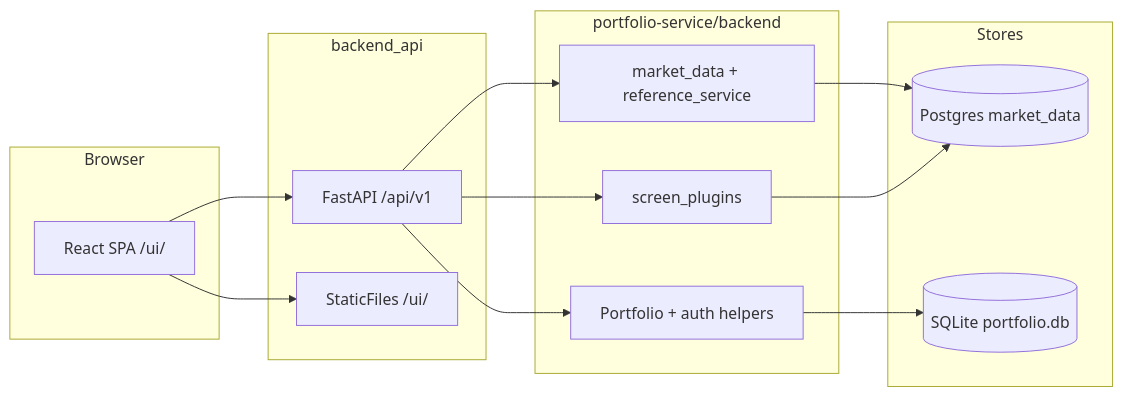
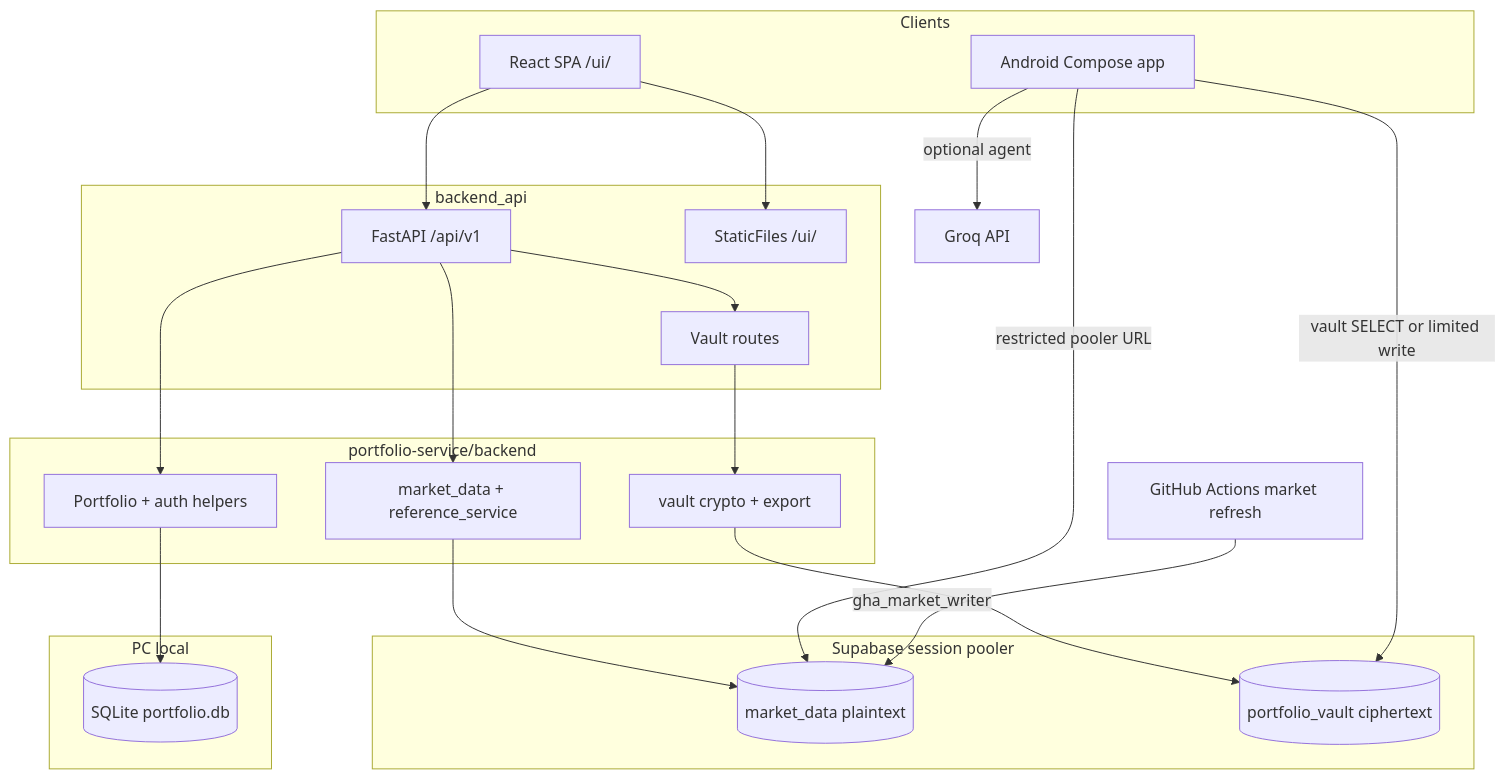
The diagram in docs/architecture.md (prp20/wealth-orbit), drawn with Mermaid before and after one commit. The commit also changed other lines of this file and 3 other files, not shown here.

First line of the commit message:
docs: align handbook with multi-client E2E vault architecture

````diff
--- a/docs/architecture.md
+++ b/docs/architecture.md
@@ -21,27 +21,39 @@
 ```mermaid
-flowchart LR
-  subgraph client [Browser]
+flowchart TB
+  subgraph clients [Clients]
     React["React SPA /ui/"]
+    And["Android Compose app"]
   end
   subgraph api [backend_api]
     FastAPI["FastAPI /api/v1"]
     Static["StaticFiles /ui/"]
+    VaultAPI["Vault routes"]
   end
   subgraph domain [portfolio-service/backend]
     Port["Portfolio + auth helpers"]
     Mkt["market_data + reference_service"]
-    Scr["screen_plugins"]
+    VaultLib["vault crypto + export"]
   end
-  subgraph stores [Stores]
-    PG[("Postgres market_data")]
+  subgraph cloud [Supabase session pooler]
+    PG[("market_data plaintext")]
+    Vault[("portfolio_vault ciphertext")]
+  end
+  subgraph local [PC local]
     SQL[("SQLite portfolio.db")]
   end
+  GHA["GitHub Actions market refresh"]
+  Groq["Groq API"]
   React --> FastAPI
   React --> Static
   FastAPI --> Port
   FastAPI --> Mkt
-  FastAPI --> Scr
+  FastAPI --> VaultAPI
+  VaultAPI --> VaultLib
   Port --> SQL
   Mkt --> PG
-  Scr --> PG
+  VaultLib --> Vault
+  And -->|"restricted pooler URL"| PG
+  And -->|"vault SELECT or limited write"| Vault
+  And -->|"optional agent"| Groq
+  GHA -->|"gha_market_writer"| PG
 ```
````
